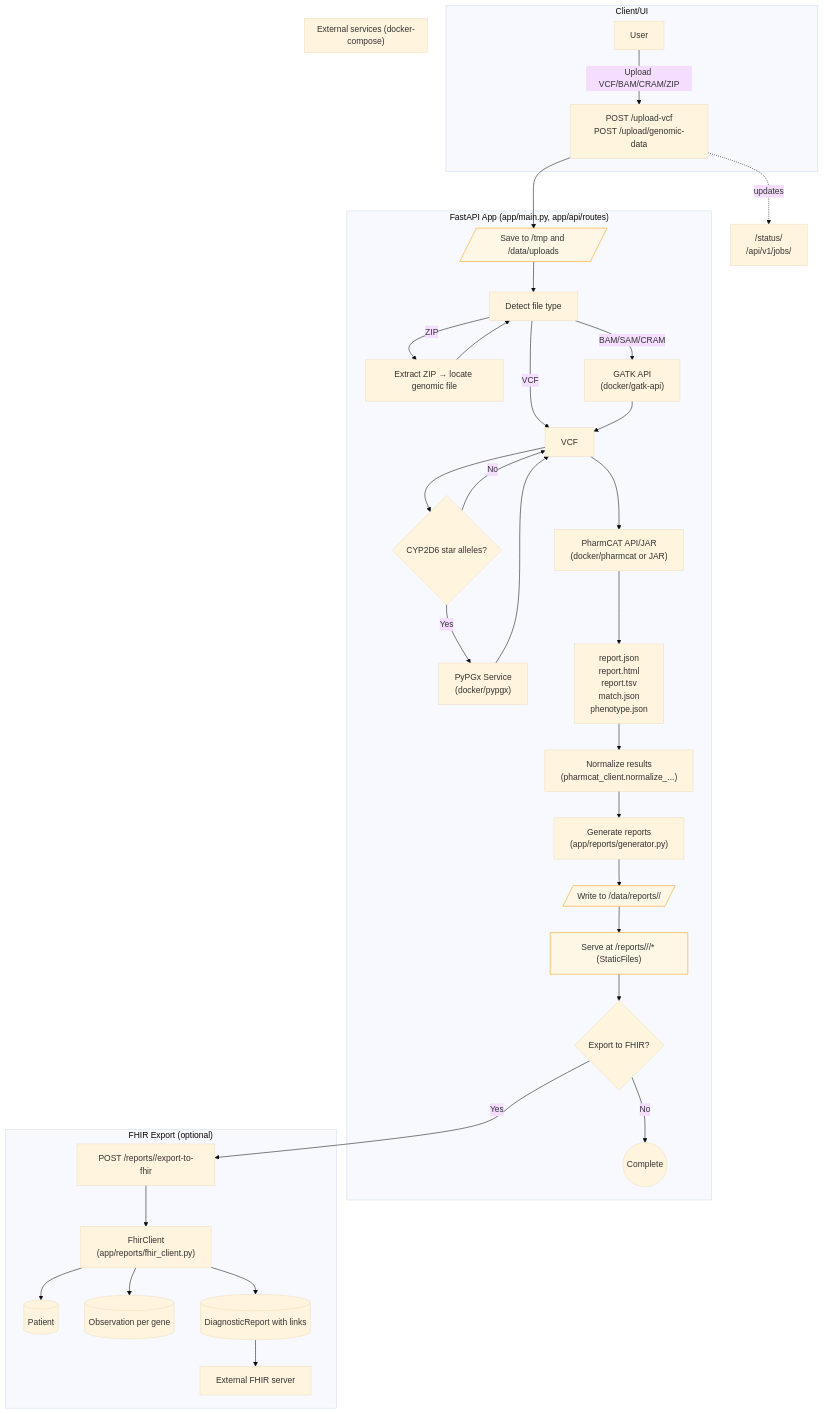
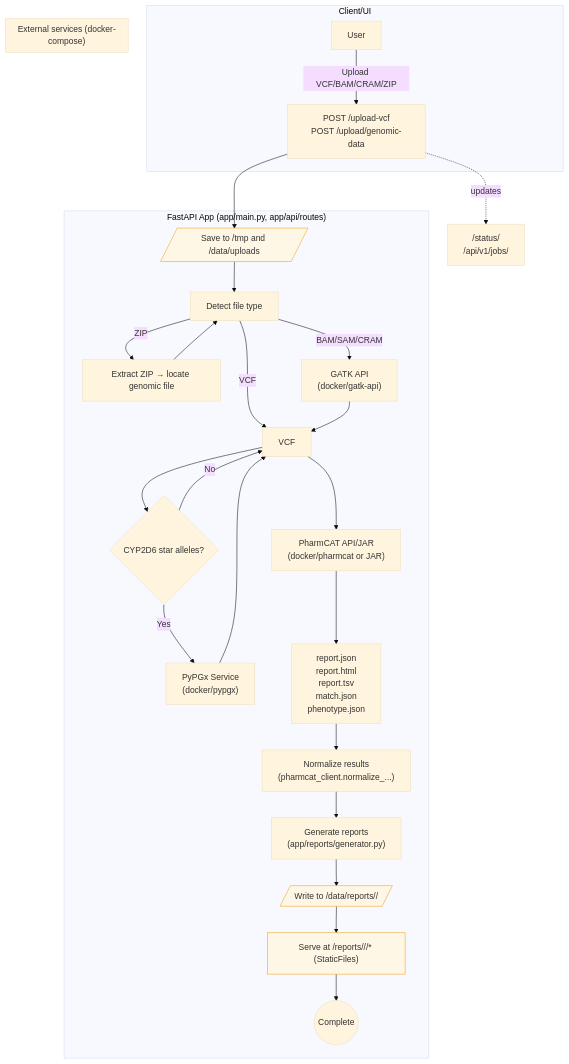
One commit to Zaromics/ZaroPGx changed the diagram in app/visualizations/workflow.md. Above: the diagram before and after it, drawn with Mermaid (base theme). The commit also changed other lines of this file and 3 other files, not shown here.

First line of the commit message:
chore(fhir): delete the dead FhirClient and the diagram path it drew

````diff
--- a/app/visualizations/workflow.md
+++ b/app/visualizations/workflow.md
@@ -5,58 +5,47 @@
 ```mermaid
 flowchart TD
   %% ZaroPGx end-to-end processing flow
 
   subgraph Client["Client/UI"]
     U[User]
     U -->|Upload VCF/BAM/CRAM/ZIP| UploadEndpoints["POST /upload-vcf<br/>POST /upload/genomic-data"]
   end
 
   subgraph FastAPI["FastAPI App (app/main.py, app/api/routes)"]
     UploadEndpoints --> SaveTmp[/Save to /tmp and /data/uploads/]
     SaveTmp --> Detect[Detect file type]
     Detect -->|ZIP| Extract[Extract ZIP → locate genomic file]
     Extract --> Detect
     Detect -->|BAM/SAM/CRAM| GATK
     Detect -->|VCF| VCF[VCF]
     GATK --> VCF
 
     VCF --> PYP_DEC{CYP2D6 star alleles?}
     PYP_DEC -->|Yes| PYP
     PYP --> VCF
     PYP_DEC -->|No| VCF
 
     VCF --> PCAT
     PCAT --> PCOutputs["report.json<br/>report.html<br/>report.tsv<br/>match.json<br/>phenotype.json"]
     PCOutputs --> Normalize["Normalize results<br/>(pharmcat_client.normalize_...)"]
     Normalize --> Generate["Generate reports<br/>(app/reports/generator.py)"]
     Generate --> ReportsDir[/Write to /data/reports/<patient_id>/<job_id>/]
     ReportsDir --> Serve["Serve at /reports/<patient_id>/<job_id>/* (StaticFiles)"]
-    Serve --> ExportDec{Export to FHIR?}
-    ExportDec -->|No| Done((Complete))
+    Serve --> Done((Complete))
   end
 
   subgraph Services["External services (docker-compose)"]
     GATK["GATK API<br/>(docker/gatk-api)"]
     PYP["PyPGx Service<br/>(docker/pypgx)"]
     PCAT["PharmCAT API/JAR<br/>(docker/pharmcat or JAR)"]
   end
 
-  subgraph FHIR["FHIR Export (optional)"]
-    ExportDec -->|Yes| FhirRoute["POST /reports/<report_id>/export-to-fhir"]
-    FhirRoute --> FhirClient["FhirClient<br/>(app/reports/fhir_client.py)"]
-    FhirClient --> Patient[(Patient)]
-    FhirClient --> Observations[(Observation per gene)]
-    FhirClient --> DiagnosticReport[(DiagnosticReport with links)]
-    DiagnosticReport --> EHR[External FHIR server]
-  end
-
   %% Progress tracking
   UploadEndpoints -. updates .-> JobStatus["/status/<data_id><br/>/api/v1/jobs/<job_id>"]
 
   classDef app fill:#e7f0ff,stroke:#5b8def,stroke-width:1px;
   classDef svc fill:#f8f1ff,stroke:#9b59b6,stroke-width:1px;
-  classDef fhir fill:#eaffea,stroke:#27ae60,stroke-width:1px;
   classDef io fill:#fff7e6,stroke:#f39c12,stroke-width:1px;
 
   class ReportsDir,Serve,SaveTmp io;
 ```
````
